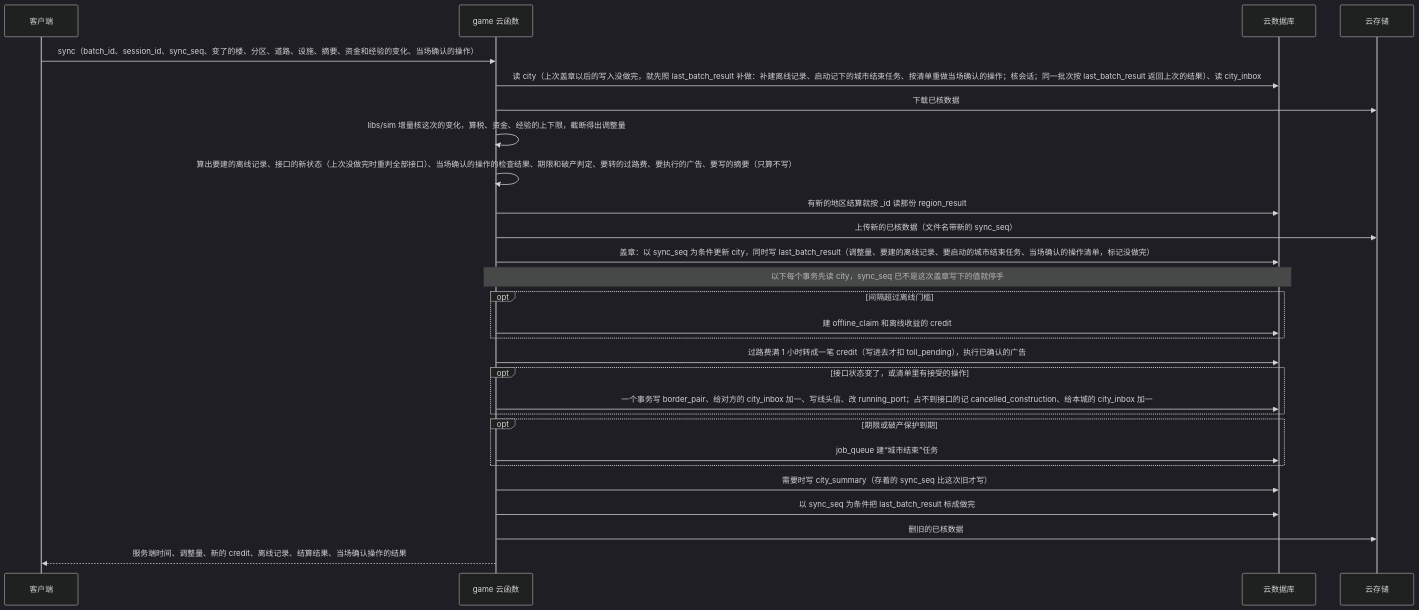
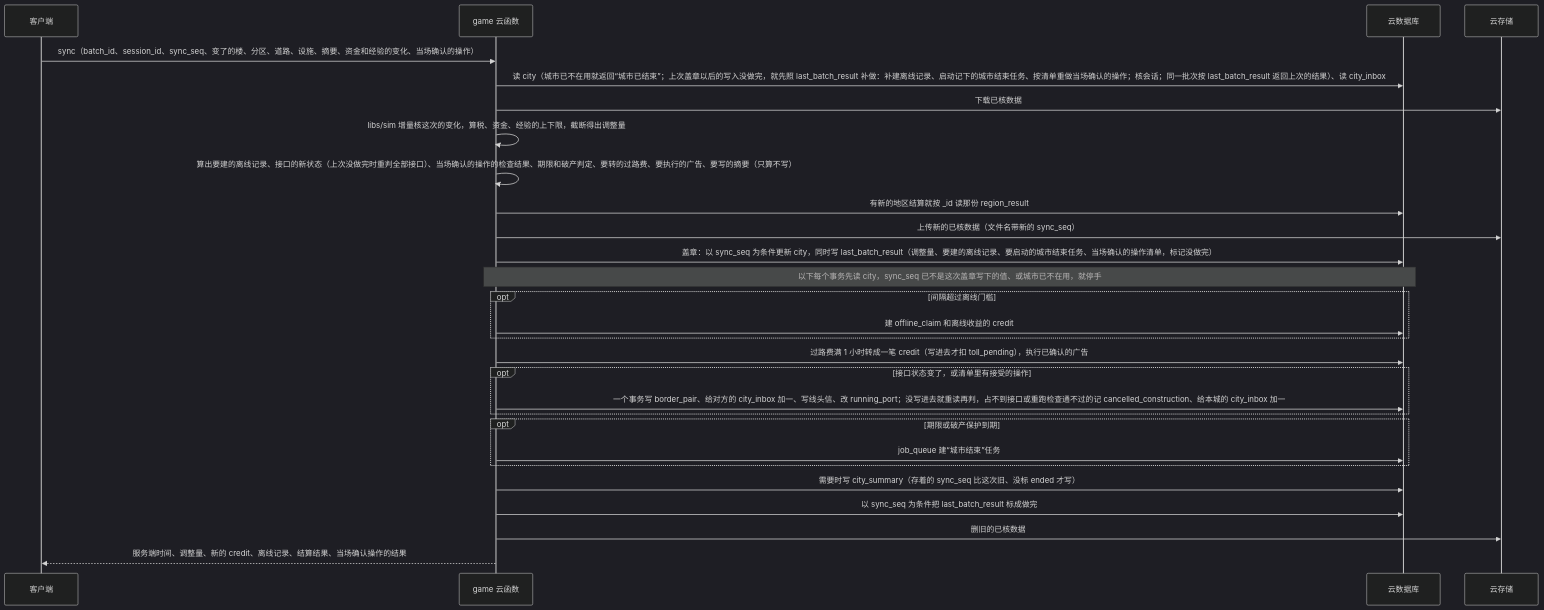
The fifth of 9 diagrams in docs/architecture/overview.md (juanchaopan/city-link), drawn with Mermaid (dark theme) before and after one commit. The commit also changed other lines of this file and 2 other files, not shown here.

````diff
--- a/docs/architecture/overview.md
+++ b/docs/architecture/overview.md
@@ -159,30 +159,30 @@
 ```mermaid
 sequenceDiagram
   participant C as 客户端
   participant G as game 云函数
   participant D as 云数据库
   participant S as 云存储
   C->>G: sync（batch_id、session_id、sync_seq、变了的楼、分区、道路、设施、摘要、资金和经验的变化、当场确认的操作）
-  G->>D: 读 city（上次盖章以后的写入没做完，就先照 last_batch_result 补做：补建离线记录、启动记下的城市结束任务、按清单重做当场确认的操作；核会话；同一批次按 last_batch_result 返回上次的结果）、读 city_inbox
+  G->>D: 读 city（城市已不在用就返回“城市已结束”；上次盖章以后的写入没做完，就先照 last_batch_result 补做：补建离线记录、启动记下的城市结束任务、按清单重做当场确认的操作；核会话；同一批次按 last_batch_result 返回上次的结果）、读 city_inbox
   G->>S: 下载已核数据
   G->>G: libs/sim 增量核这次的变化，算税、资金、经验的上下限，截断得出调整量
   G->>G: 算出要建的离线记录、接口的新状态（上次没做完时重判全部接口）、当场确认的操作的检查结果、期限和破产判定、要转的过路费、要执行的广告、要写的摘要（只算不写）
   G->>D: 有新的地区结算就按 _id 读那份 region_result
   G->>S: 上传新的已核数据（文件名带新的 sync_seq）
   G->>D: 盖章：以 sync_seq 为条件更新 city，同时写 last_batch_result（调整量、要建的离线记录、要启动的城市结束任务、当场确认的操作清单，标记没做完）
-  Note over G,D: 以下每个事务先读 city，sync_seq 已不是这次盖章写下的值就停手
+  Note over G,D: 以下每个事务先读 city，sync_seq 已不是这次盖章写下的值、或城市已不在用，就停手
   opt 间隔超过离线门槛
     G->>D: 建 offline_claim 和离线收益的 credit
   end
   G->>D: 过路费满 1 小时转成一笔 credit（写进去才扣 toll_pending），执行已确认的广告
   opt 接口状态变了，或清单里有接受的操作
-    G->>D: 一个事务写 border_pair、给对方的 city_inbox 加一、写线头信、改 running_port；占不到接口的记 cancelled_construction、给本城的 city_inbox 加一
+    G->>D: 一个事务写 border_pair、给对方的 city_inbox 加一、写线头信、改 running_port；没写进去就重读再判，占不到接口或重跑检查通不过的记 cancelled_construction、给本城的 city_inbox 加一
   end
   opt 期限或破产保护到期
     G->>D: job_queue 建“城市结束”任务
   end
-  G->>D: 需要时写 city_summary（存着的 sync_seq 比这次旧才写）
+  G->>D: 需要时写 city_summary（存着的 sync_seq 比这次旧、没标 ended 才写）
   G->>D: 以 sync_seq 为条件把 last_batch_result 标成做完
   G->>S: 删旧的已核数据
   G-->>C: 服务端时间、调整量、新的 credit、离线记录、结算结果、当场确认操作的结果
 ```
````
